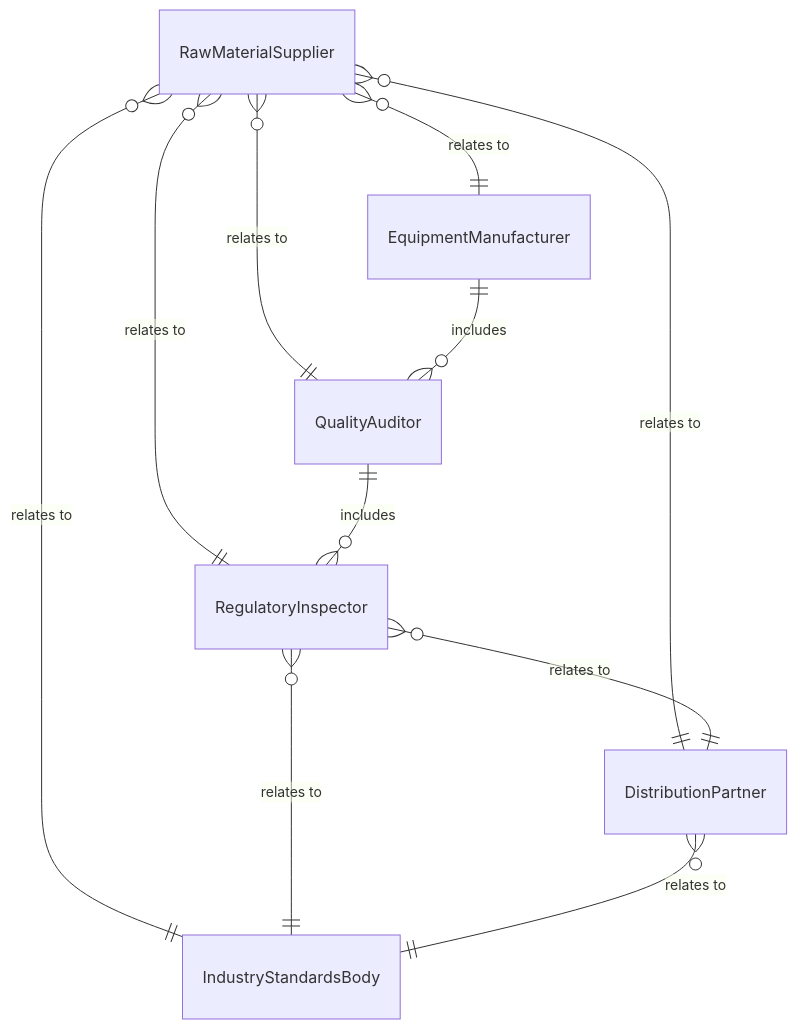
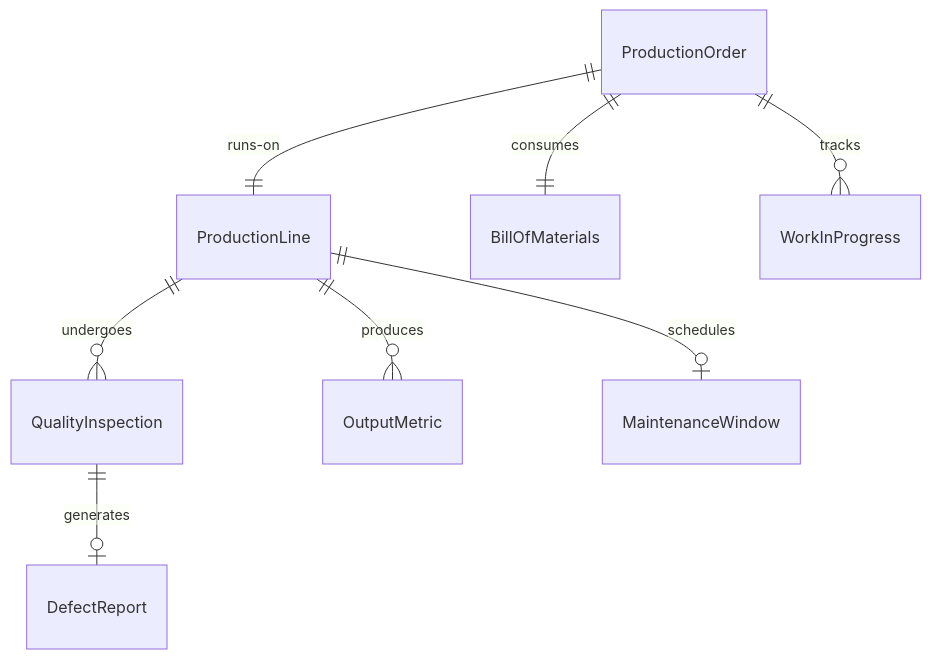
One commit to dot-org-ai/tasks.org.ai changed the first of 4 diagrams in GuidingDirectingAndMotivatingSubordinates/DirectOrganizationalOperationsActivitiesOrProcedures/DirectIndustrialProductionActivities.mdx. Above: the diagram before and after it, drawn with Mermaid. The commit also changed other lines of this file and 515 other files, not shown here.

````diff
--- a/GuidingDirectingAndMotivatingSubordinates/DirectOrganizationalOperationsActivitiesOrProcedures/DirectIndustrialProductionActivities.mdx
+++ b/GuidingDirectingAndMotivatingSubordinates/DirectOrganizationalOperationsActivitiesOrProcedures/DirectIndustrialProductionActivities.mdx
@@ -93,13 +93,10 @@
 ```mermaid
 erDiagram
-    RawMaterialSupplier }o--|| EquipmentManufacturer : "relates to"
-    RawMaterialSupplier }o--|| QualityAuditor : "relates to"
-    RawMaterialSupplier }o--|| RegulatoryInspector : "relates to"
-    RawMaterialSupplier }o--|| DistributionPartner : "relates to"
-    RawMaterialSupplier }o--|| IndustryStandardsBody : "relates to"
-    EquipmentManufacturer ||--o{ QualityAuditor : includes
-    QualityAuditor ||--o{ RegulatoryInspector : includes
-    RegulatoryInspector }o--|| DistributionPartner : "relates to"
-    RegulatoryInspector }o--|| IndustryStandardsBody : "relates to"
-    DistributionPartner }o--|| IndustryStandardsBody : "relates to"
+    ProductionOrder ||--|| ProductionLine : "runs-on"
+    ProductionOrder ||--|| BillOfMaterials : "consumes"
+    ProductionLine ||--o{ QualityInspection : "undergoes"
+    QualityInspection ||--o| DefectReport : "generates"
+    ProductionLine ||--o{ OutputMetric : "produces"
+    ProductionLine ||--o| MaintenanceWindow : "schedules"
+    ProductionOrder ||--o{ WorkInProgress : "tracks"
 ```
````
